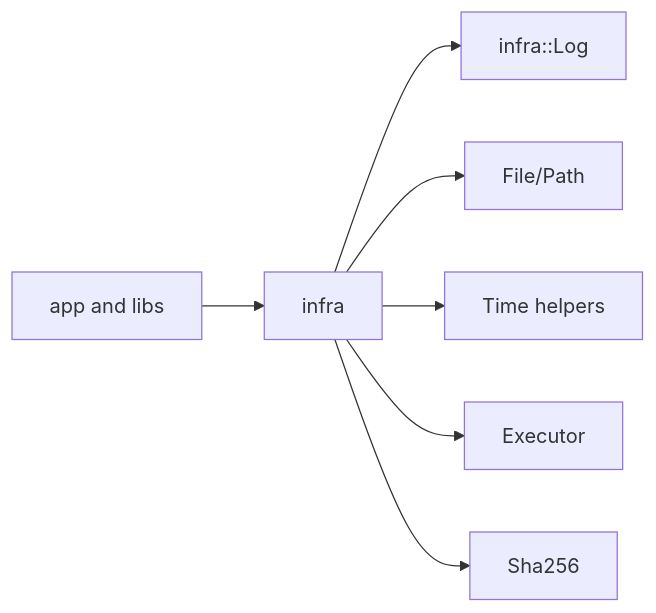
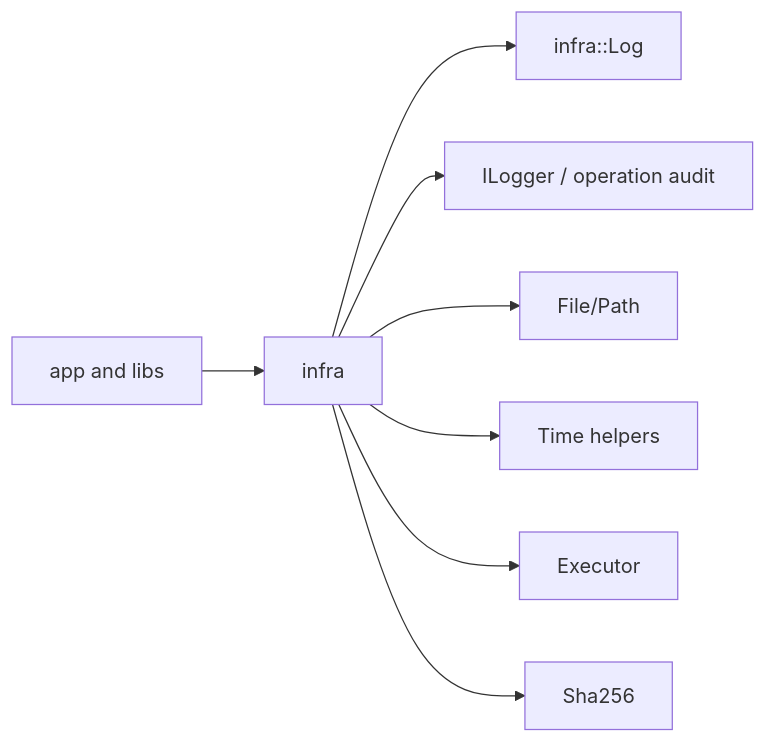
One commit to 373699756/live_stream changed the diagram in docs/libs/infra.md. Above: the diagram before and after it, drawn with Mermaid. The commit also changed other lines of this file and 16 other files, not shown here.

````diff
--- a/docs/libs/infra.md
+++ b/docs/libs/infra.md
@@ -14,9 +14,10 @@
 ```mermaid
 flowchart LR
   Modules[app and libs] --> Infra[infra]
   Infra --> Log[infra::Log]
+  Infra --> OperationLog[ILogger / operation audit]
   Infra --> File[File/Path]
   Infra --> Time[Time helpers]
   Infra --> Executor[Executor]
   Infra --> Hash[Sha256]
 ```
````
